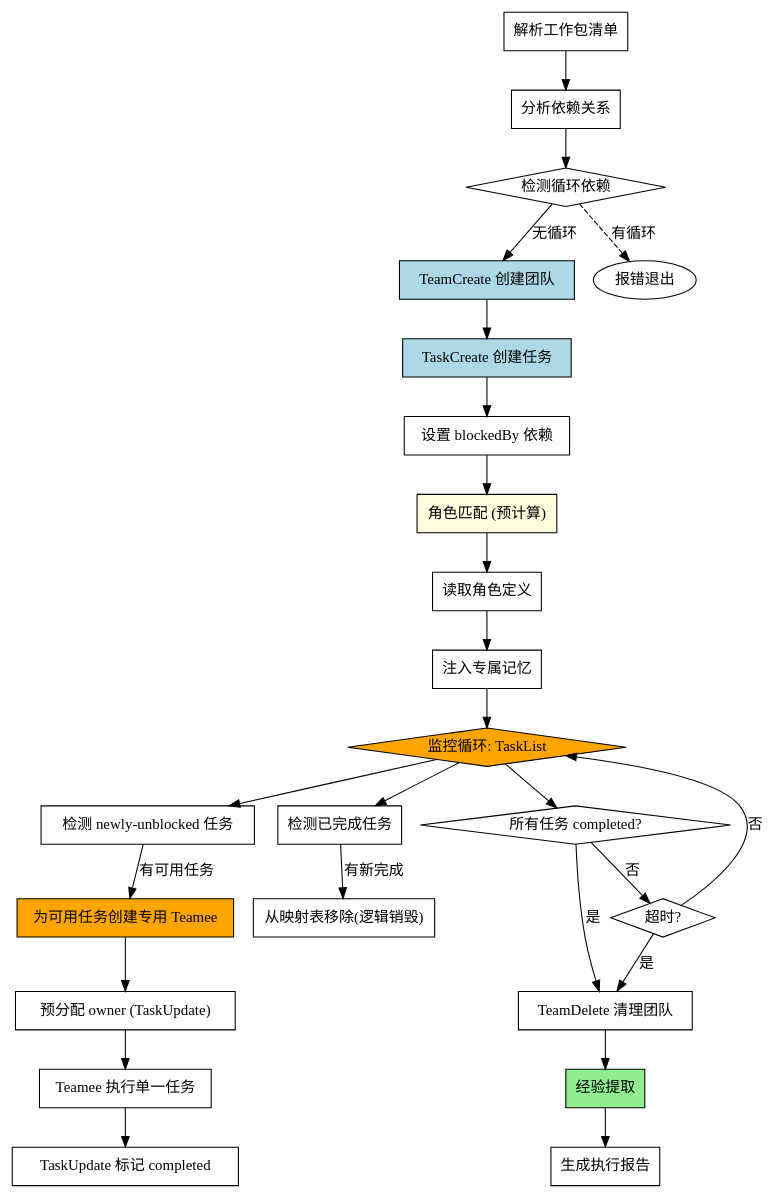
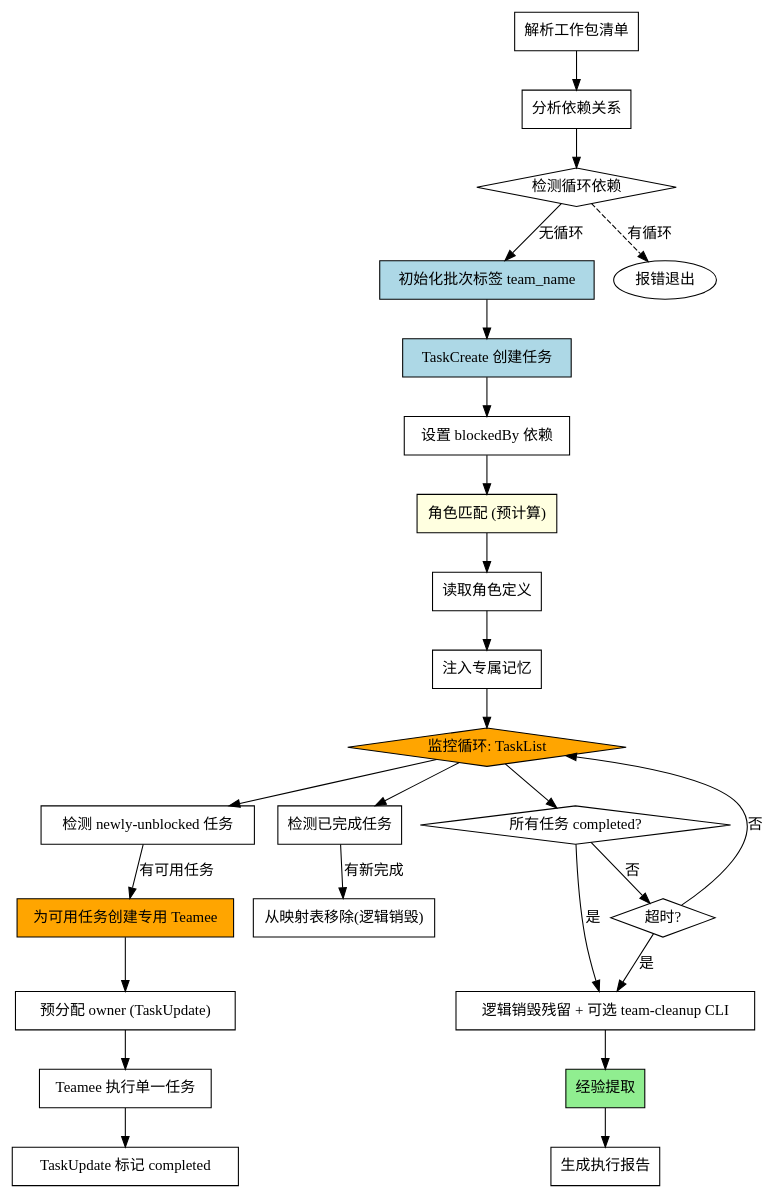
Before and after one commit to ph419/tackle: the diagram in plugins/core/skill-agent-dispatcher/skill.md, drawn with Graphviz. The commit also changed other lines of this file and 7 other files, not shown here.

````diff
--- a/plugins/core/skill-agent-dispatcher/skill.md
+++ b/plugins/core/skill-agent-dispatcher/skill.md
@@ -104,73 +133,73 @@
 ```dot
 digraph dispatcher_v3 {
     rankdir=TB;
 
     // 准备阶段
     "解析工作包清单" [shape=box];
     "分析依赖关系" [shape=box];
     "检测循环依赖" [shape=diamond];
 
     // 团队创建
-    "TeamCreate 创建团队" [shape=box, style=filled, fillcolor=lightblue];
+    "初始化批次标签 team_name" [shape=box, style=filled, fillcolor=lightblue];
     "TaskCreate 创建任务" [shape=box, style=filled, fillcolor=lightblue];
     "设置 blockedBy 依赖" [shape=box];
 
     // 角色匹配
     "角色匹配 (预计算)" [shape=box, style=filled, fillcolor=lightyellow];
     "读取角色定义" [shape=box];
     "注入专属记忆" [shape=box];
 
     // 监控循环
     "监控循环: TaskList" [shape=diamond, style=filled, fillcolor=orange];
     "检测 newly-unblocked 任务" [shape=box];
     "为可用任务创建专用 Teamee" [shape=box, style=filled, fillcolor=orange];
     "预分配 owner (TaskUpdate)" [shape=box];
     "Teamee 执行单一任务" [shape=box];
     "TaskUpdate 标记 completed" [shape=box];
 
     // 即时销毁（逻辑销毁，无协议帧）
     "检测已完成任务" [shape=box];
     "从映射表移除(逻辑销毁)" [shape=box];
 
     // 循环判断
     "所有任务 completed?" [shape=diamond];
     "超时?" [shape=diamond];
 
     // 收尾
-    "TeamDelete 清理团队" [shape=box];
+    "逻辑销毁残留 + 可选 team-cleanup CLI" [shape=box];
     "经验提取" [shape=box, style=filled, fillcolor=lightgreen];
     "生成执行报告" [shape=box];
 
     // 流程连接
     "解析工作包清单" -> "分析依赖关系";
     "分析依赖关系" -> "检测循环依赖";
-    "检测循环依赖" -> "TeamCreate 创建团队" [label="无循环"];
+    "检测循环依赖" -> "初始化批次标签 team_name" [label="无循环"];
     "检测循环依赖" -> "报错退出" [label="有循环", style=dashed];
 
-    "TeamCreate 创建团队" -> "TaskCreate 创建任务";
+    "初始化批次标签 team_name" -> "TaskCreate 创建任务";
     "TaskCreate 创建任务" -> "设置 blockedBy 依赖";
     "设置 blockedBy 依赖" -> "角色匹配 (预计算)";
 
     "角色匹配 (预计算)" -> "读取角色定义";
     "读取角色定义" -> "注入专属记忆";
     "注入专属记忆" -> "监控循环: TaskList";
 
     "监控循环: TaskList" -> "检测 newly-unblocked 任务";
     "检测 newly-unblocked 任务" -> "为可用任务创建专用 Teamee" [label="有可用任务"];
     "为可用任务创建专用 Teamee" -> "预分配 owner (TaskUpdate)";
     "预分配 owner (TaskUpdate)" -> "Teamee 执行单一任务";
     "Teamee 执行单一任务" -> "TaskUpdate 标记 completed";
 
     "监控循环: TaskList" -> "检测已完成任务";
     "检测已完成任务" -> "从映射表移除(逻辑销毁)" [label="有新完成"];
 
     "监控循环: TaskList" -> "所有任务 completed?";
-    "所有任务 completed?" -> "TeamDelete 清理团队" [label="是"];
+    "所有任务 completed?" -> "逻辑销毁残留 + 可选 team-cleanup CLI" [label="是"];
     "所有任务 completed?" -> "超时?" [label="否"];
     "超时?" -> "监控循环: TaskList" [label="否"];
-    "超时?" -> "TeamDelete 清理团队" [label="是"];
+    "超时?" -> "逻辑销毁残留 + 可选 team-cleanup CLI" [label="是"];
 
-    "TeamDelete 清理团队" -> "经验提取";
+    "逻辑销毁残留 + 可选 team-cleanup CLI" -> "经验提取";
     "经验提取" -> "生成执行报告";
 }
 ```
````
